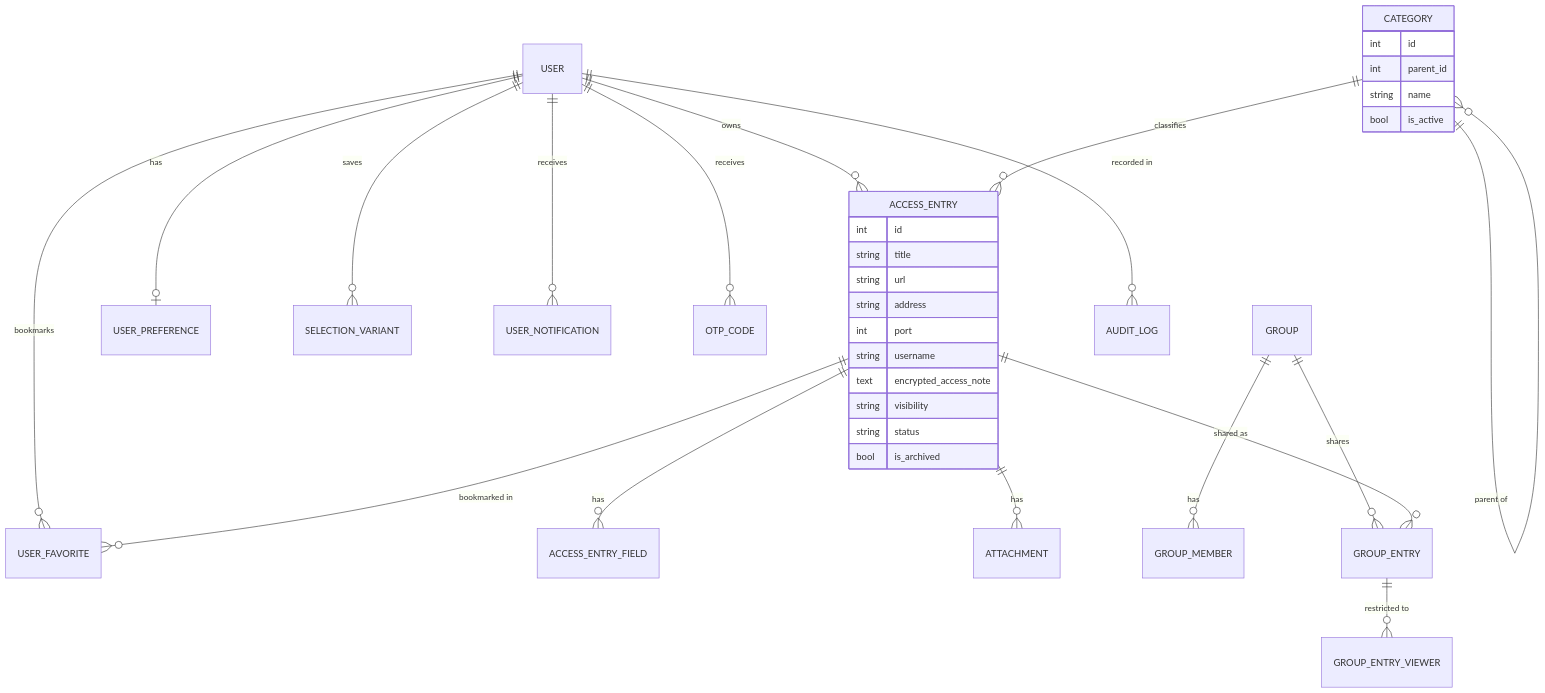
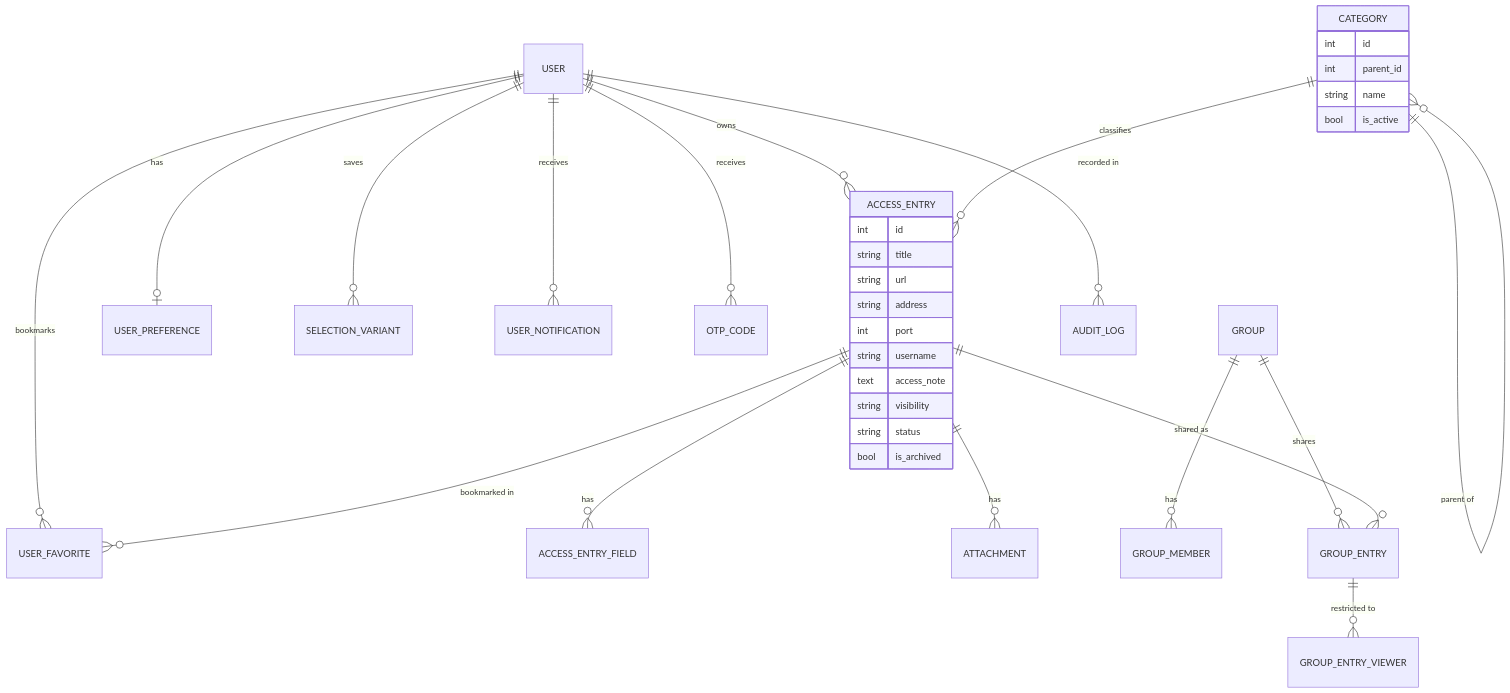
Before and after one commit to Masbismaa/mtoa_alr: the third of 9 diagrams in .github/README.md, drawn with Mermaid. The commit also changed other lines of this file and 28 other files, not shown here.

````diff
--- a/.github/README.md
+++ b/.github/README.md
@@ -393,38 +393,38 @@
 ```mermaid
 erDiagram
     USER ||--o{ ACCESS_ENTRY : owns
     USER ||--o| USER_PREFERENCE : has
     USER ||--o{ USER_FAVORITE : bookmarks
     USER ||--o{ SELECTION_VARIANT : saves
     USER ||--o{ USER_NOTIFICATION : receives
     USER ||--o{ OTP_CODE : receives
     CATEGORY ||--o{ CATEGORY : "parent of"
     CATEGORY ||--o{ ACCESS_ENTRY : classifies
     ACCESS_ENTRY ||--o{ ACCESS_ENTRY_FIELD : has
     ACCESS_ENTRY ||--o{ ATTACHMENT : has
     ACCESS_ENTRY ||--o{ USER_FAVORITE : "bookmarked in"
     GROUP ||--o{ GROUP_MEMBER : has
     GROUP ||--o{ GROUP_ENTRY : shares
     ACCESS_ENTRY ||--o{ GROUP_ENTRY : "shared as"
     GROUP_ENTRY ||--o{ GROUP_ENTRY_VIEWER : "restricted to"
     USER ||--o{ AUDIT_LOG : "recorded in"
 
     ACCESS_ENTRY {
         int id
         string title
         string url
         string address
         int port
         string username
-        text encrypted_access_note
+        text access_note
         string visibility
         string status
         bool is_archived
     }
     CATEGORY {
         int id
         int parent_id
         string name
         bool is_active
     }
 ```
````
